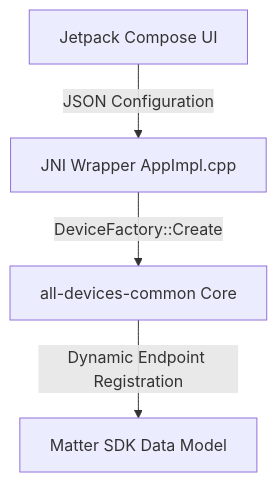
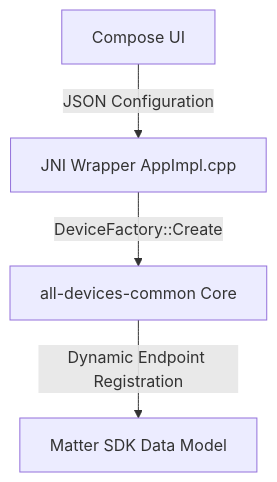
The diagram in examples/all-devices-app/android/README.md (project-chip/connectedhomeip), drawn with Mermaid before and after one commit. The commit also changed other lines of this file and 2 other files, not shown here.

Commit message:
[all-devices-app] Fix Kotlin style formatting and PySpelling check failures

````diff
--- a/examples/all-devices-app/android/README.md
+++ b/examples/all-devices-app/android/README.md
@@ -17,6 +16,6 @@
 ```mermaid
 graph TD
-    UI[Jetpack Compose UI] -->|JSON Configuration| JNI[JNI Wrapper AppImpl.cpp]
+    UI[Compose UI] -->|JSON Configuration| JNI[JNI Wrapper AppImpl.cpp]
     JNI -->|DeviceFactory::Create| Common[all-devices-common Core]
     Common -->|Dynamic Endpoint Registration| Matter[Matter SDK Data Model]
 ```
````
